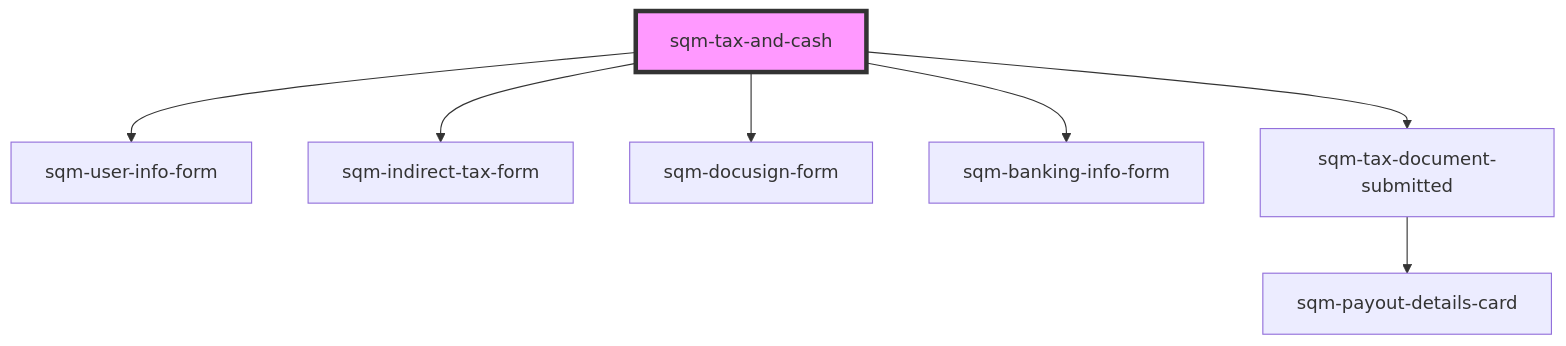
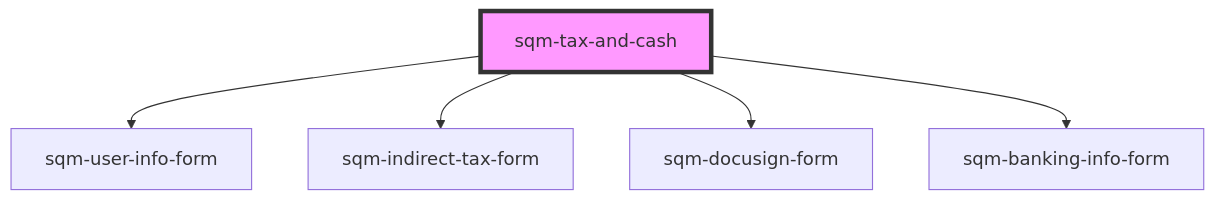
One commit to saasquatch/program-tools changed the diagram in packages/mint-components/src/components/tax-and-cash/sqm-tax-and-cash/readme.md. Above: the diagram before and after it, drawn with Mermaid. The commit also changed other lines of this file and 13 other files, not shown here.

Commit message:
Renamed files, imports, stories, specs of TaxDocumentSubmitted to TaxAndCashDashboard

````diff
--- a/packages/mint-components/src/components/tax-and-cash/sqm-tax-and-cash/readme.md
+++ b/packages/mint-components/src/components/tax-and-cash/sqm-tax-and-cash/readme.md
@@ -138,10 +171,8 @@
 ```mermaid
 graph TD;
   sqm-tax-and-cash --> sqm-user-info-form
   sqm-tax-and-cash --> sqm-indirect-tax-form
   sqm-tax-and-cash --> sqm-docusign-form
   sqm-tax-and-cash --> sqm-banking-info-form
-  sqm-tax-and-cash --> sqm-tax-document-submitted
-  sqm-tax-document-submitted --> sqm-payout-details-card
   style sqm-tax-and-cash fill:#f9f,stroke:#333,stroke-width:4px
 ```
````
